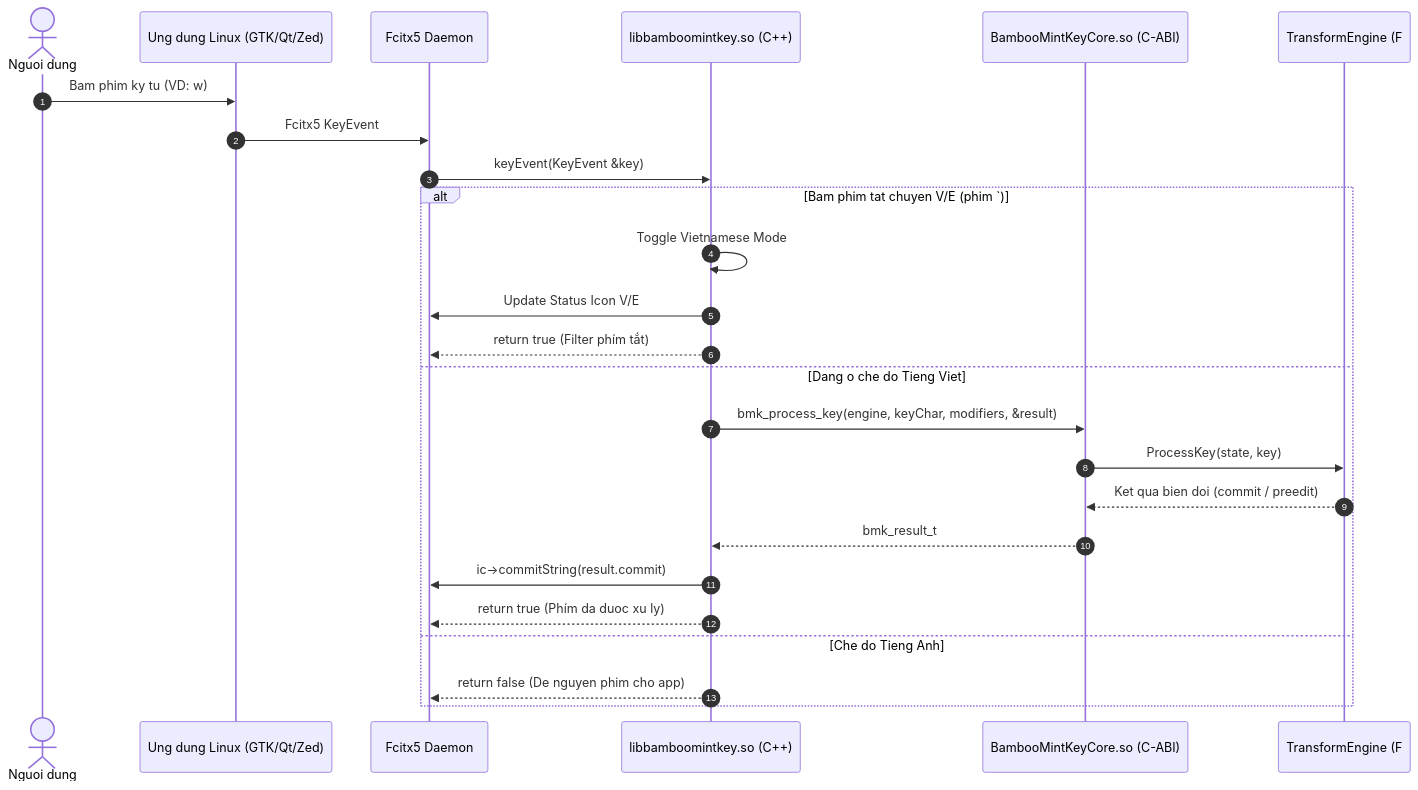
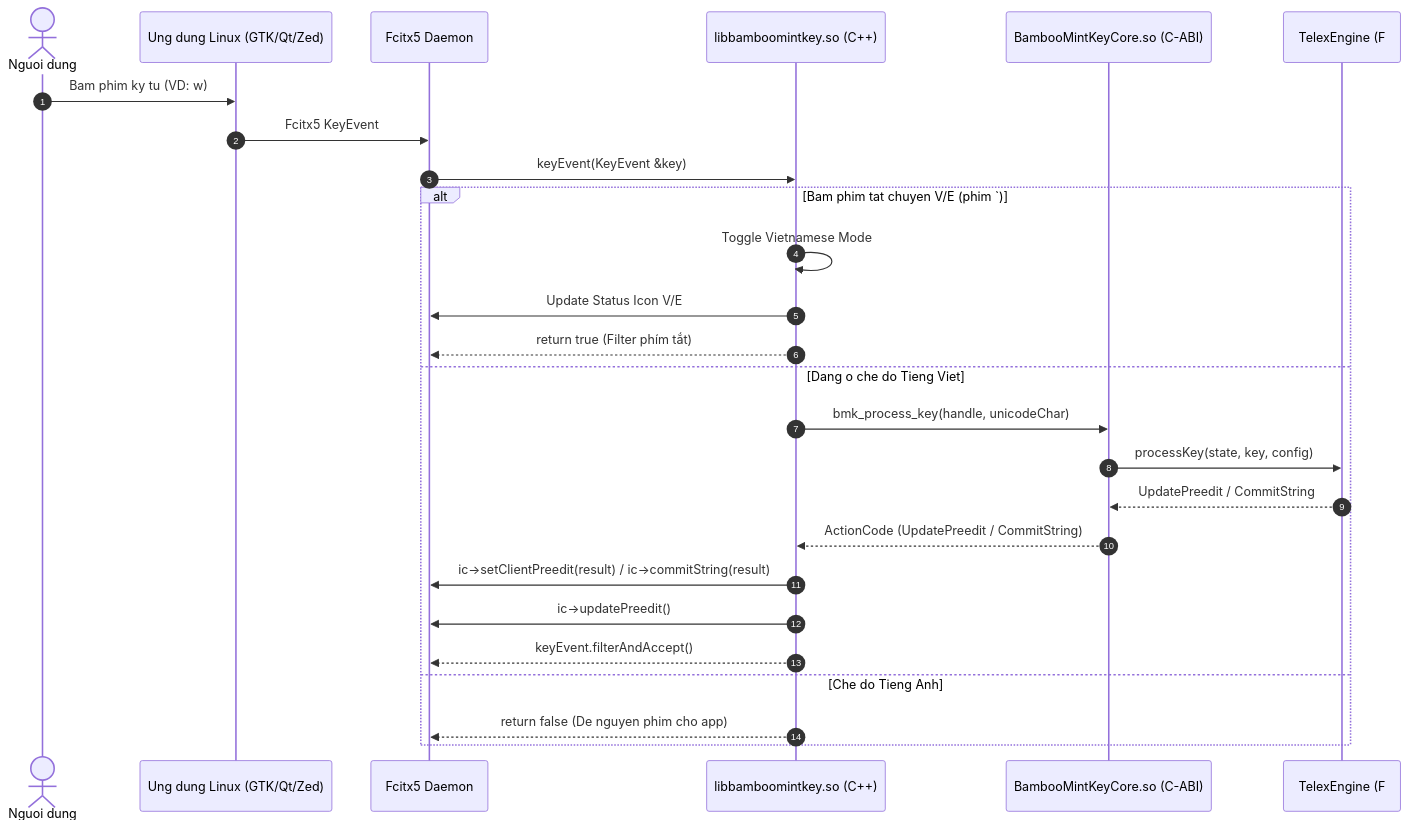
One commit to thatislg/BambooMintKey changed the third of 4 diagrams in docs/SYSTEM_ARCHITECTURE.md. Above: the diagram before and after it, drawn with Mermaid. The commit also changed other lines of this file and 2 other files, not shown here.

Commit message:
Update tài liệu README, ARCHITECT, RESEARCH

````diff
--- a/docs/SYSTEM_ARCHITECTURE.md
+++ b/docs/SYSTEM_ARCHITECTURE.md
@@ -236,29 +241,30 @@
 ```mermaid
 sequenceDiagram
     autonumber
     actor User as Nguoi dung
     participant App as Ung dung Linux (GTK/Qt/Zed)
     participant Fcitx as Fcitx5 Daemon
     participant Addon as libbamboomintkey.so (C++)
     participant CABI as BambooMintKeyCore.so (C-ABI)
-    participant Core as TransformEngine (F#)
+    participant Core as TelexEngine (F#)
 
     User->>App: Bam phim ky tu (VD: w)
     App->>Fcitx: Fcitx5 KeyEvent
     Fcitx->>Addon: keyEvent(KeyEvent &key)
 
     alt Bam phim tat chuyen V/E (phim `)
         Addon->>Addon: Toggle Vietnamese Mode
         Addon->>Fcitx: Update Status Icon V/E
         Addon-->>Fcitx: return true (Filter phím tắt)
     else Dang o che do Tieng Viet
-        Addon->>CABI: bmk_process_key(engine, keyChar, modifiers, &result)
-        CABI->>Core: ProcessKey(state, key)
-        Core-->>CABI: Ket qua bien doi (commit / preedit)
-        CABI-->>Addon: bmk_result_t
-        Addon->>Fcitx: ic->commitString(result.commit)
-        Addon-->>Fcitx: return true (Phím da duoc xu ly)
+        Addon->>CABI: bmk_process_key(handle, unicodeChar)
+        CABI->>Core: processKey(state, key, config)
+        Core-->>CABI: UpdatePreedit / CommitString
+        CABI-->>Addon: ActionCode (UpdatePreedit / CommitString)
+        Addon->>Fcitx: ic->setClientPreedit(result) / ic->commitString(result)
+        Addon->>Fcitx: ic->updatePreedit()
+        Addon-->>Fcitx: keyEvent.filterAndAccept()
     else Che do Tieng Anh
         Addon-->>Fcitx: return false (De nguyen phim cho app)
     end
 ```
````
